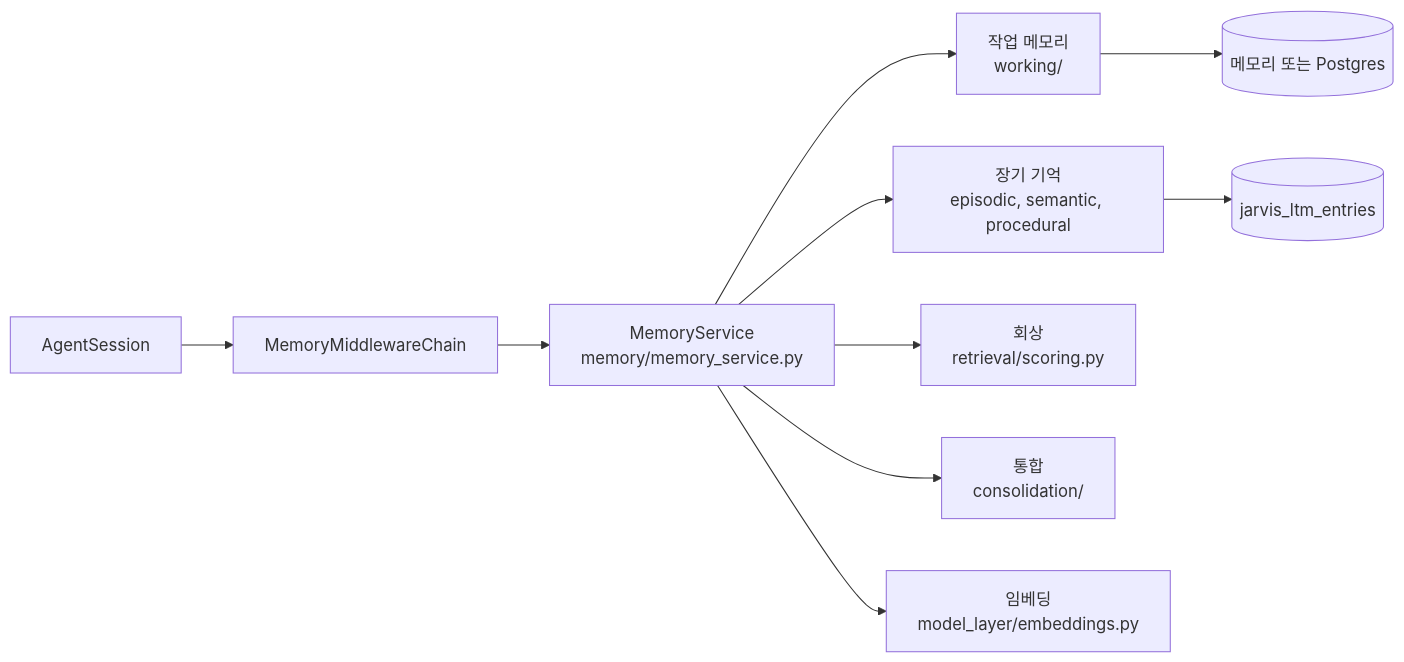
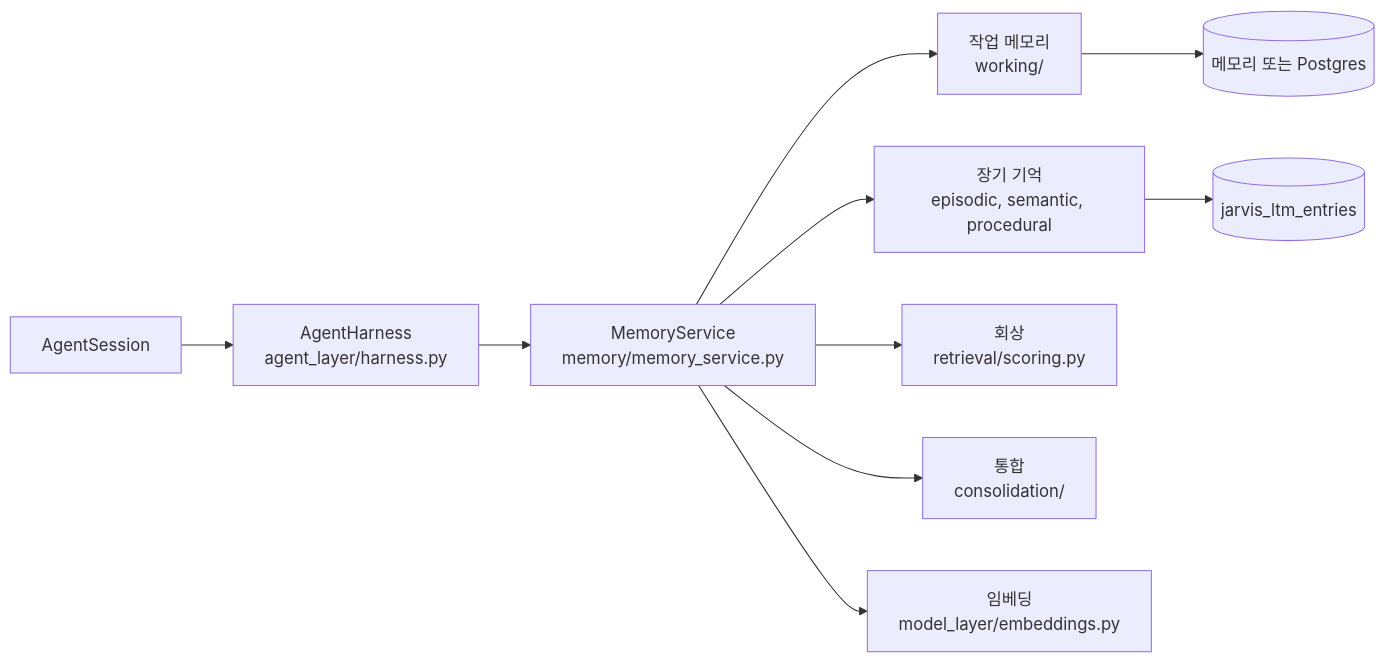
One commit to ash-hun/jarvis-agent changed the fourth of 4 diagrams in website/docs/concepts/memory.md. Above: the diagram before and after it, drawn with Mermaid. The commit also changed other lines of this file and 30 other files, not shown here.

First line of the commit message:
Docs: 기능별 그림 13장과 캡션, mermaid 를 지금 코드에 맞춰, 사라진 메모리 미들웨어와 ThoughtFrame 약속 필드를 지우고 이후 추가된 경로를 그린다 (#179)

````diff
--- a/website/docs/concepts/memory.md
+++ b/website/docs/concepts/memory.md
@@ -225,12 +225,12 @@
 ```mermaid
 flowchart LR
-  SES[AgentSession] --> CHAIN[MemoryMiddlewareChain]
-  CHAIN --> MGR[MemoryService<br/>memory/memory_service.py]
+  SES[AgentSession] --> H[AgentHarness<br/>agent_layer/harness.py]
+  H --> MGR[MemoryService<br/>memory/memory_service.py]
   MGR --> WM[작업 메모리<br/>working/]
   MGR --> LT[장기 기억<br/>episodic, semantic, procedural]
   MGR --> RET[회상<br/>retrieval/scoring.py]
   MGR --> CON[통합<br/>consolidation/]
   MGR --> EMB[임베딩<br/>model_layer/embeddings.py]
   WM --> S1[(메모리 또는 Postgres)]
   LT --> S2[(jarvis_ltm_entries)]
 ```
````
